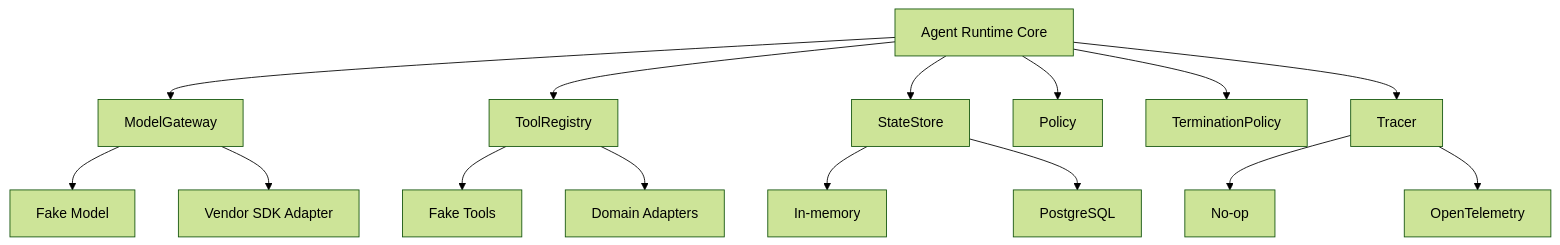
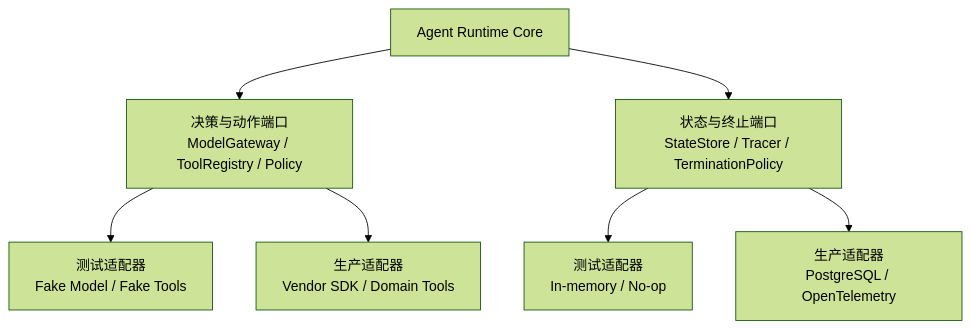
Before and after one commit to wujinjun/ai-agent-book: the fourth of 6 diagrams in docs/part-04-frameworks/ch17-native-api.md, drawn with Mermaid (forest theme). The commit also changed other lines of this file and 536 other files, not shown here.

````diff
--- a/docs/part-04-frameworks/ch17-native-api.md
+++ b/docs/part-04-frameworks/ch17-native-api.md
@@ -108,20 +116,12 @@
 ```mermaid
 %% id: native-runtime-ports-and-adapters
 %% title: 原生 Runtime 的端口与适配器
 %% alt: Runtime核心依赖模型网关工具注册表状态存储策略追踪和终止端口，各端口可由Fake或生产适配器替换
 flowchart TB
-    Core["Agent Runtime Core"] --> MG["ModelGateway"]
-    Core --> TR["ToolRegistry"]
-    Core --> SS["StateStore"]
-    Core --> PO["Policy"]
-    Core --> TE["TerminationPolicy"]
-    Core --> Trace["Tracer"]
-    MG --> FakeM["Fake Model"]
-    MG --> Vendor["Vendor SDK Adapter"]
-    TR --> FakeT["Fake Tools"]
-    TR --> Domain["Domain Adapters"]
-    SS --> Memory["In-memory"]
-    SS --> SQL["PostgreSQL"]
-    Trace --> Noop["No-op"]
-    Trace --> OTel["OpenTelemetry"]
+    Core["Agent Runtime Core"] --> Decision["决策与动作端口<br/>ModelGateway / ToolRegistry / Policy"]
+    Core --> State["状态与终止端口<br/>StateStore / Tracer / TerminationPolicy"]
+    Decision --> DecisionFake["测试适配器<br/>Fake Model / Fake Tools"]
+    Decision --> DecisionProd["生产适配器<br/>Vendor SDK / Domain Tools"]
+    State --> StateFake["测试适配器<br/>In-memory / No-op"]
+    State --> StateProd["生产适配器<br/>PostgreSQL / OpenTelemetry"]
 ```
````
